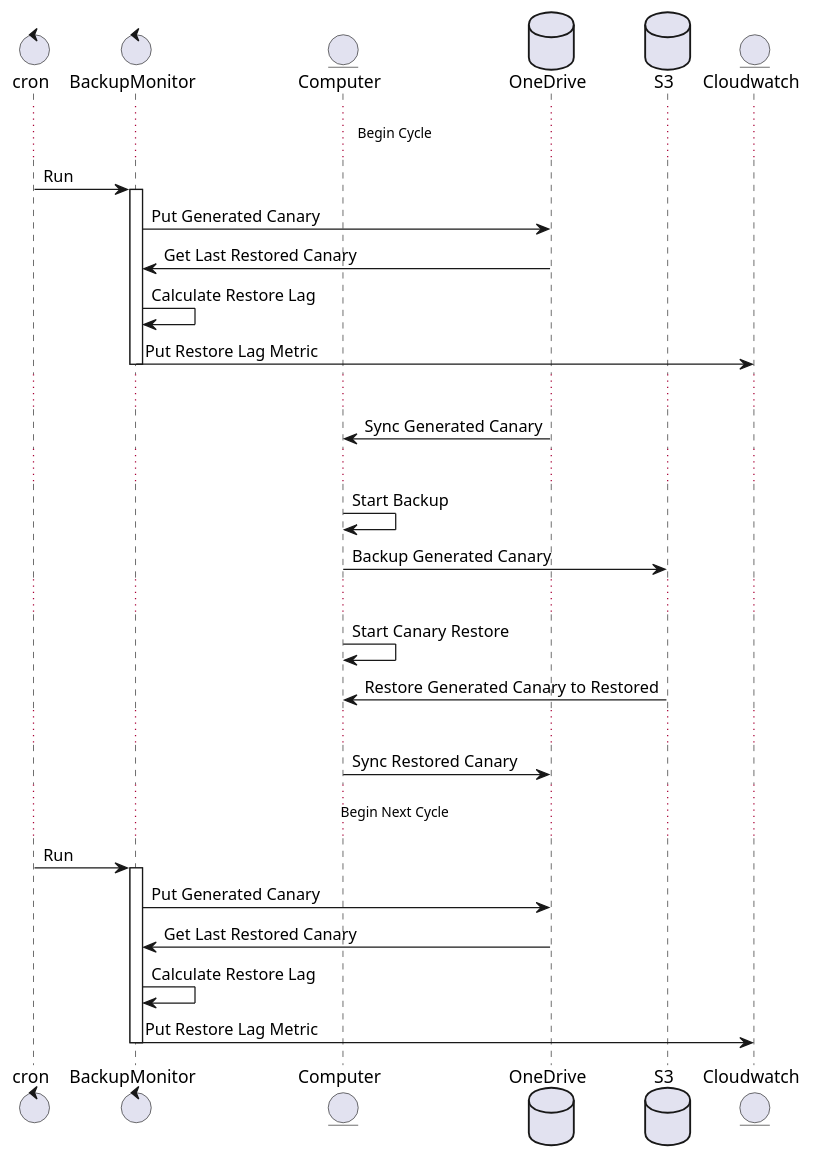
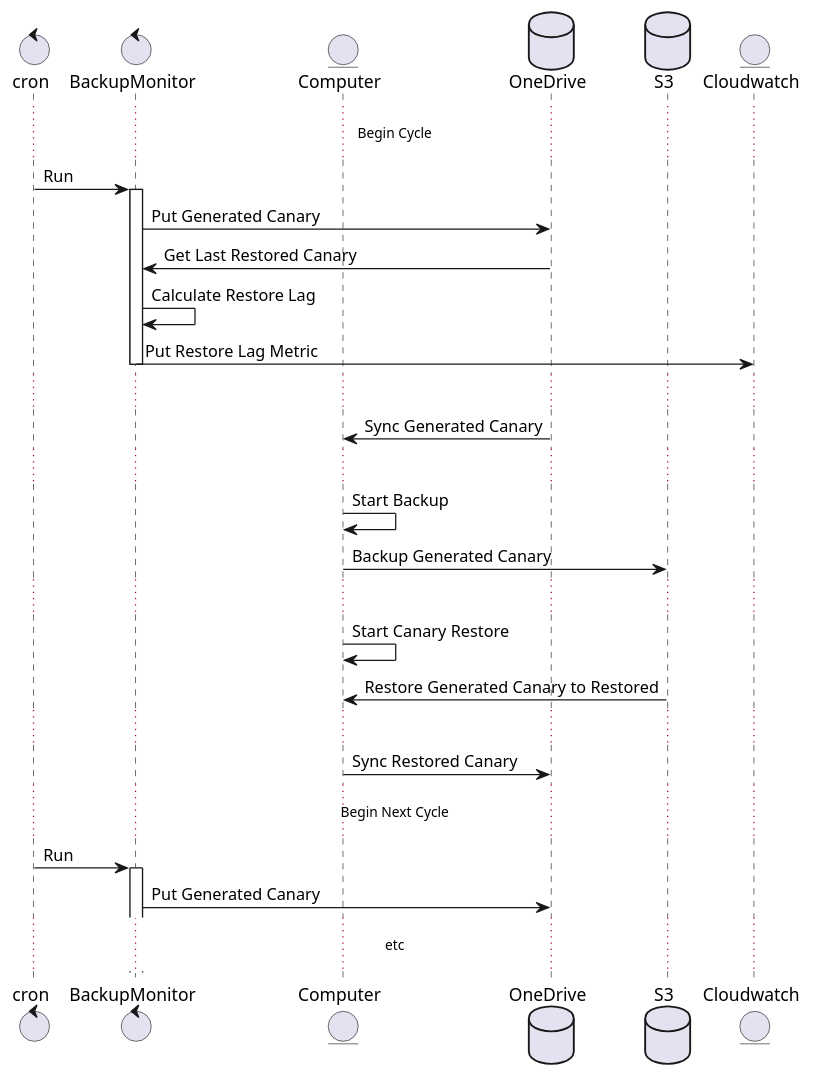
One commit to johnpaullarsen/backup-monitor changed the diagram in backup-monitor.puml. Above: the diagram before and after it, drawn with PlantUML. The commit also changed 3 other files, not shown here.

Commit message:
Rename main script to backup_monitor

```diff
--- a/backup-monitor.puml
+++ b/backup-monitor.puml
@@ -1,36 +1,33 @@
 @startuml
 
 control cron
 control BackupMonitor
 entity Computer
 database OneDrive
 database S3
 entity Cloudwatch
 
 ...Begin Cycle...
 cron          -> BackupMonitor  : Run
 activate BackupMonitor
 BackupMonitor -> OneDrive       : Put Generated Canary
 BackupMonitor <- OneDrive       : Get Last Restored Canary
 BackupMonitor -> BackupMonitor  : Calculate Restore Lag
 BackupMonitor -> Cloudwatch     : Put Restore Lag Metric
 deactivate BackupMonitor
 ...
 Computer      <- OneDrive       : Sync Generated Canary
 ...
 Computer      -> Computer       : Start Backup
 Computer      -> S3             : Backup Generated Canary
 ...
 Computer      -> Computer       : Start Canary Restore
 Computer      <- S3             : Restore Generated Canary to Restored
 ...
 Computer      -> OneDrive       : Sync Restored Canary
 ...Begin Next Cycle...
 cron          -> BackupMonitor  : Run
 activate BackupMonitor
 BackupMonitor -> OneDrive       : Put Generated Canary
-BackupMonitor <- OneDrive       : Get Last Restored Canary
-BackupMonitor -> BackupMonitor  : Calculate Restore Lag
-BackupMonitor -> Cloudwatch     : Put Restore Lag Metric
-deactivate BackupMonitor
+...etc...
 @enduml
```
